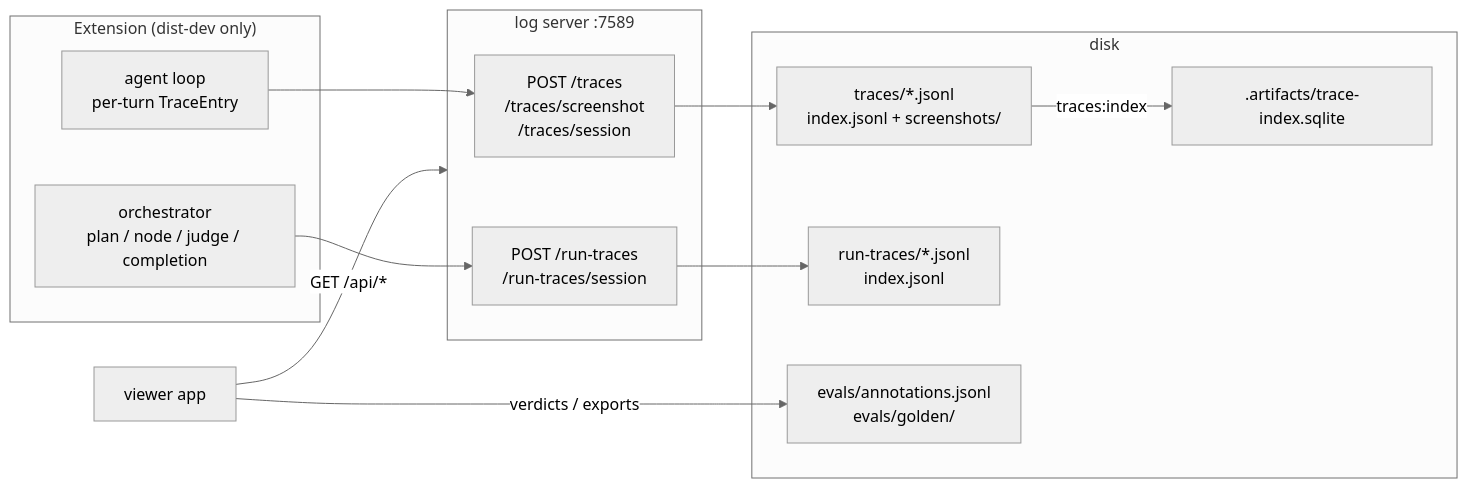
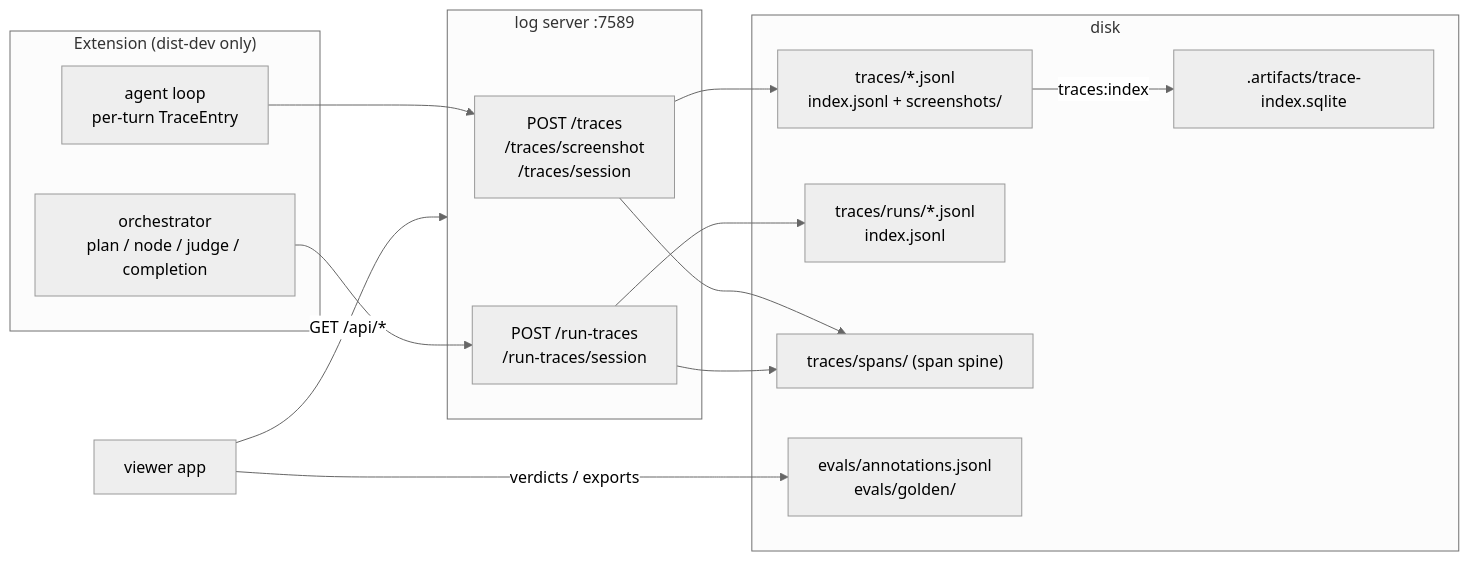
One commit to krisshkodrani/OpenSidebar changed the diagram in docs/architecture/trace-viewer.md. Above: the diagram before and after it, drawn with Mermaid (neutral theme). The commit also changed other lines of this file and 165 other files, not shown here.

````diff
--- a/docs/architecture/trace-viewer.md
+++ b/docs/architecture/trace-viewer.md
@@ -64,22 +64,25 @@
 ```mermaid
 flowchart LR
   subgraph EXT["Extension (dist-dev only)"]
     LOOP["agent loop<br/>per-turn TraceEntry"]
     ORCH["orchestrator<br/>plan / node / judge / completion"]
   end
   subgraph SRV["log server :7589"]
     T["POST /traces<br/>/traces/screenshot<br/>/traces/session"]
     R["POST /run-traces<br/>/run-traces/session"]
   end
   subgraph DISK["disk"]
     SJ["traces/*.jsonl<br/>index.jsonl + screenshots/"]
-    RJ["run-traces/*.jsonl<br/>index.jsonl"]
+    RJ["traces/runs/*.jsonl<br/>index.jsonl"]
+    SP["traces/spans/ (span spine)"]
     SQL[".artifacts/trace-index.sqlite"]
     EV["evals/annotations.jsonl<br/>evals/golden/"]
   end
   LOOP --> T --> SJ
   ORCH --> R --> RJ
+  T --> SP
+  R --> SP
   SJ -- "traces:index" --> SQL
   V["viewer app"] -- "GET /api/*" --> SRV
   V -- "verdicts / exports" --> EV
 ```
````
